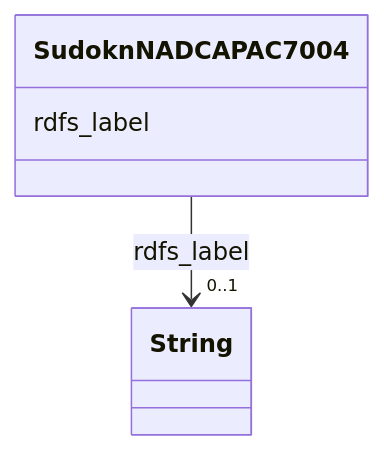
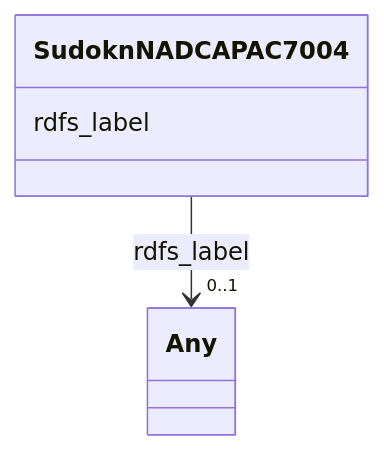
Before and after one commit to frink-okn/graph-descriptions: the diagram in sudokn-kg/classes/SudoknNADCAPAC7004.md, drawn with Mermaid. The commit also changed other lines of this file and 903 other files, not shown here.

````diff
--- a/sudokn-kg/classes/SudoknNADCAPAC7004.md
+++ b/sudokn-kg/classes/SudoknNADCAPAC7004.md
@@ -23,15 +18,15 @@
 ```mermaid
  classDiagram
     class SudoknNADCAPAC7004
     click SudoknNADCAPAC7004 href "../SudoknNADCAPAC7004"
       SudoknNADCAPAC7004 : rdfs_label
         
           
     
     
-    SudoknNADCAPAC7004 --> "0..1" String : rdfs_label
-    click String href "../String"
+    SudoknNADCAPAC7004 --> "0..1" Any : rdfs_label
+    click Any href "../Any"
 
         
       
 ```
````
